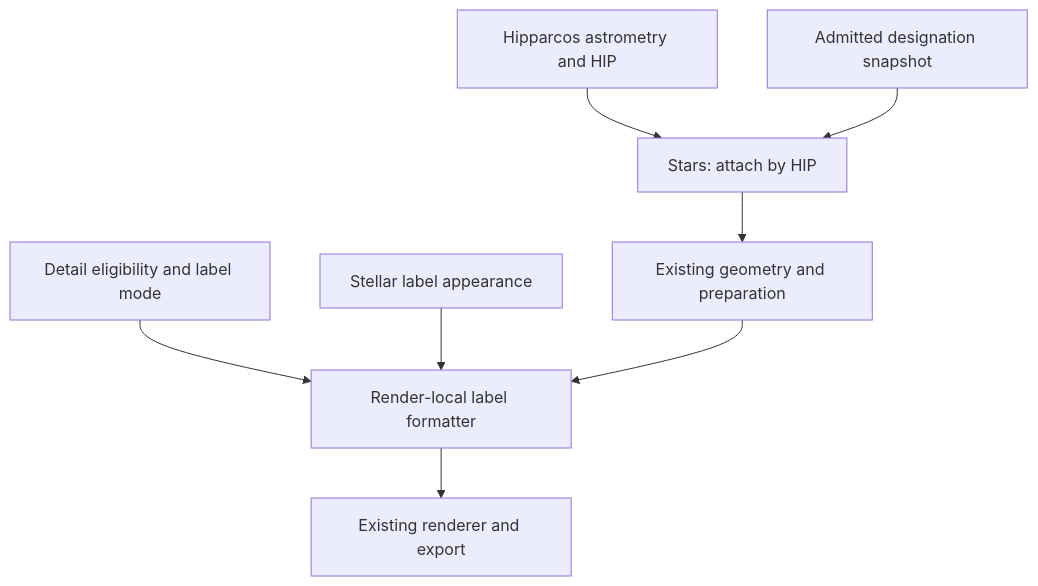
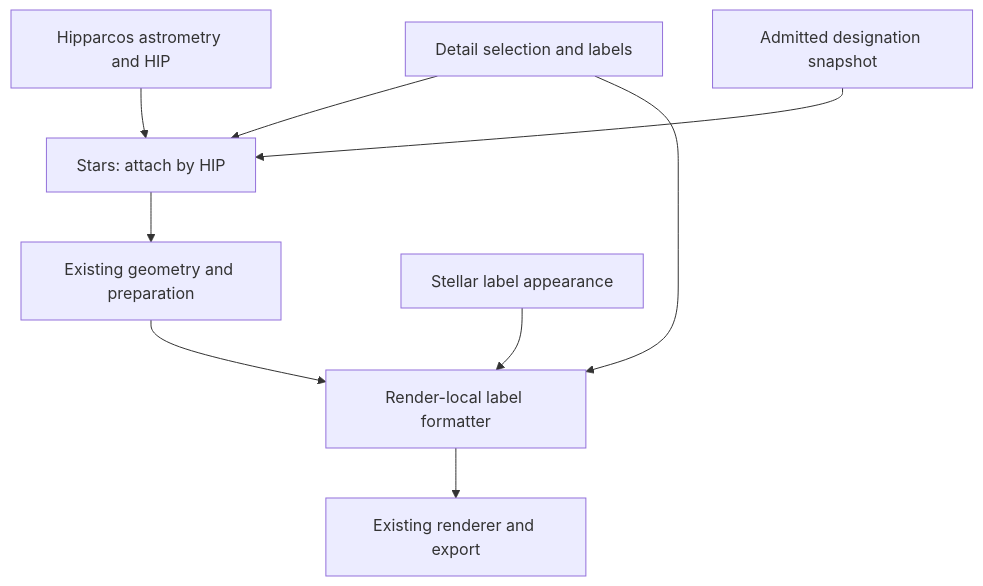
Before and after one commit to fselman/wenu: the diagram in docs/developer/stellar_designations_audit.md, drawn with Mermaid. The commit also changed other lines of this file and 3 other files, not shown here.

````diff
--- a/docs/developer/stellar_designations_audit.md
+++ b/docs/developer/stellar_designations_audit.md
@@ -175,10 +233,11 @@
 ```mermaid
 flowchart TD
   H["Hipparcos astrometry and HIP"] --> S["Stars: attach by HIP"]
   K["Admitted designation snapshot"] --> S
   S --> G["Existing geometry and preparation"]
-  D["Detail eligibility and label mode"] --> F["Render-local label formatter"]
+  D["Detail selection and labels"] --> S
+  D --> F["Render-local label formatter"]
   A["Stellar label appearance"] --> F
   G --> F
   F --> R["Existing renderer and export"]
 ```
````
